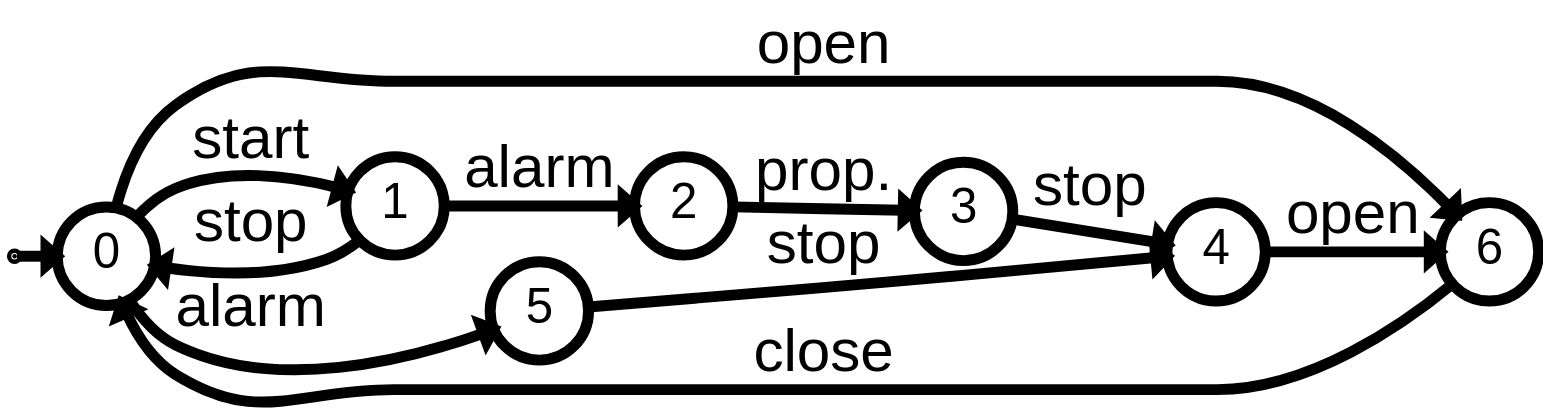
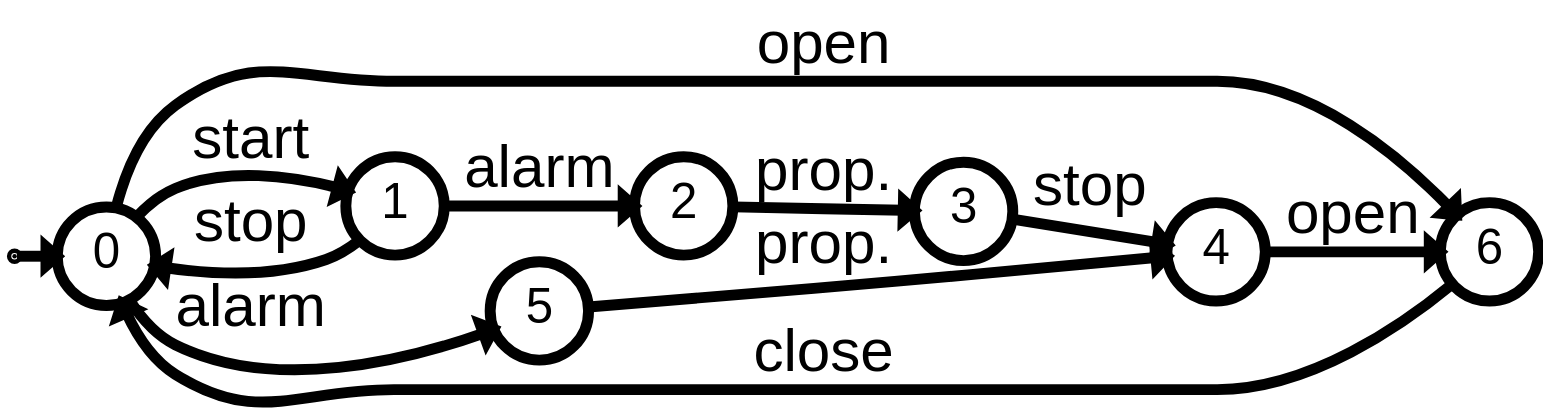
The diagram in writing/src/2-framework/images/composed.dot (blambeau/phd), drawn with Graphviz before and after one commit. The commit also changed 5 other files, not shown here.

```diff
--- a/writing/src/2-framework/images/composed.dot
+++ b/writing/src/2-framework/images/composed.dot
@@ -1,28 +1,28 @@
 digraph G {
     graph [pack="true" rankdir="LR" margin="0"];
     node [fontsize=45 fontname="Arial"
 	      penwidth=10 shape="circle" style="filled" height="1.25" width="1.25" fixedsize="true" fillcolor="white"];
     edge [fontsize=55 fontname="Arial" penwidth=10]
     zz [height="0.05" width="0.05" fixedsize="true" label="" fillcolor="black"];
     0 [label="0"]
     6 [label="6"]
     1 [label="1"]
     2 [label="2"]
     3 [label="3"]
     4 [label="4"]
     5 [label="5"]
     zz -> 0 [label=""];
     0 -> 1 [label="start"]
     0 -> 6 [label="open"]
 
     1 -> 2 [label="alarm"]
 	2 -> 3 [label="prop."]
 	3 -> 4 [label="stop"]
 	4 -> 6 [label="open"]
 
     0 -> 5 [label="alarm"]
-	5 -> 4 [label="stop"]
+	5 -> 4 [label="prop."]
 
     6 -> 0 [label="close"]
     1 -> 0 [label="stop"]
 }
```
